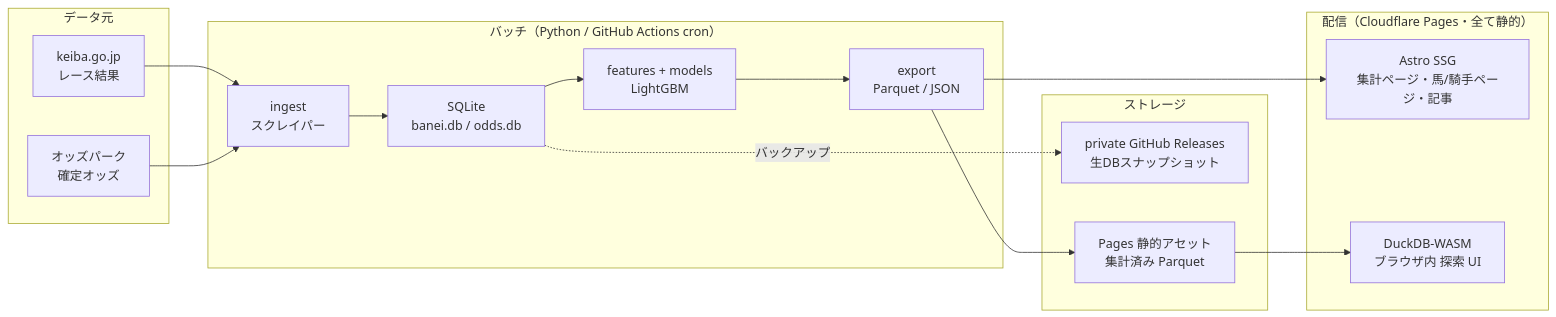
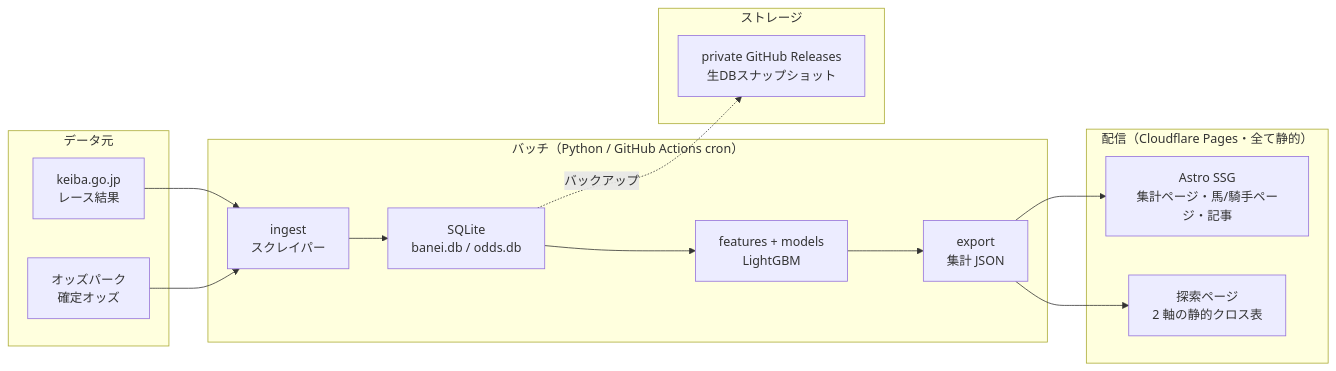
The diagram in docs/architecture.md (banei-keiba/banei-keiba), drawn with Mermaid before and after one commit. The commit also changed other lines of this file and 1 other file, not shown here.

````diff
--- a/docs/architecture.md
+++ b/docs/architecture.md
@@ -57,32 +57,30 @@
 ```mermaid
 flowchart LR
   subgraph src["データ元"]
     A1["keiba.go.jp<br/>レース結果"]
     A2["オッズパーク<br/>確定オッズ"]
   end
 
   subgraph batch["バッチ（Python / GitHub Actions cron）"]
     B1["ingest<br/>スクレイパー"]
     B2["SQLite<br/>banei.db / odds.db"]
     B3["features + models<br/>LightGBM"]
-    B4["export<br/>Parquet / JSON"]
+    B4["export<br/>集計 JSON"]
   end
 
   subgraph store["ストレージ"]
     C1["private GitHub Releases<br/>生DBスナップショット"]
-    C2["Pages 静的アセット<br/>集計済み Parquet"]
   end
 
   subgraph web["配信（Cloudflare Pages・全て静的）"]
     W1["Astro SSG<br/>集計ページ・馬/騎手ページ・記事"]
-    W2["DuckDB-WASM<br/>ブラウザ内 探索 UI"]
+    W2["探索ページ<br/>2 軸の静的クロス表"]
   end
 
   A1 --> B1
   A2 --> B1
   B1 --> B2 --> B3 --> B4
   B2 -.バックアップ.-> C1
-  B4 --> C2
   B4 --> W1
-  C2 --> W2
+  B4 --> W2
 ```
````
